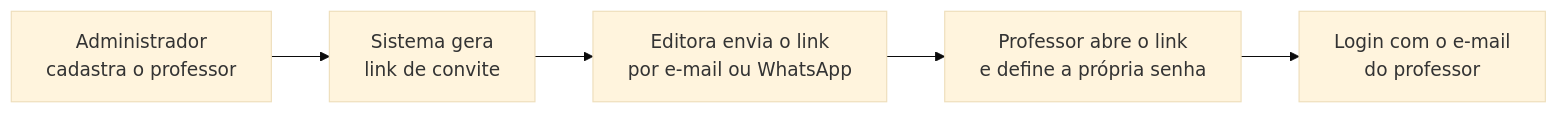
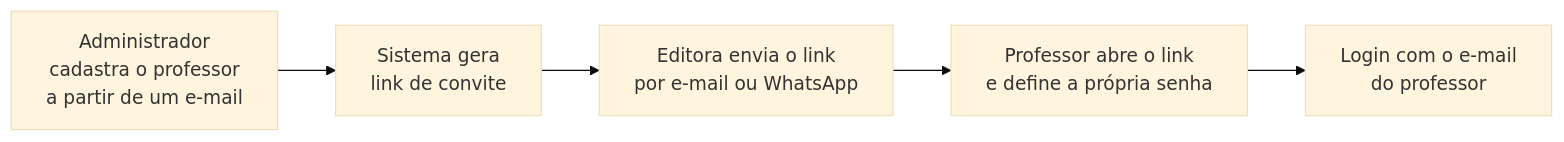
The diagram in docs/produto/visao.md (Colli-Books/colli-books-docs), drawn with Mermaid (base theme) before and after one commit. The commit also changed other lines of this file and 12 other files, not shown here.

````diff
--- a/docs/produto/visao.md
+++ b/docs/produto/visao.md
@@ -29,7 +29,7 @@
 ```mermaid
 flowchart LR
-    A[Administrador<br/>cadastra o professor] --> B[Sistema gera<br/>link de convite]
+    A[Administrador<br/>cadastra o professor<br/>a partir de um e-mail] --> B[Sistema gera<br/>link de convite]
     B --> C[Editora envia o link<br/>por e-mail ou WhatsApp]
     C --> D[Professor abre o link<br/>e define a própria senha]
     D --> E[Login com o e-mail<br/>do professor]
 ```
````
